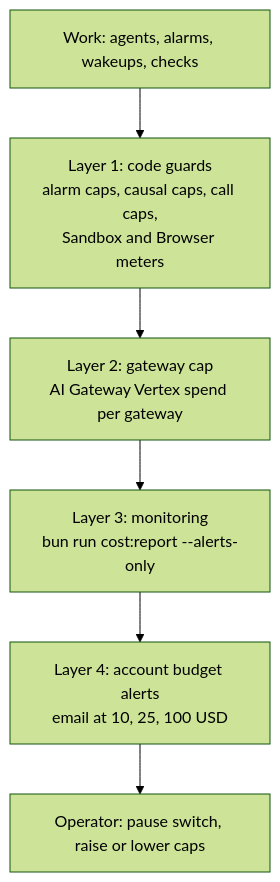
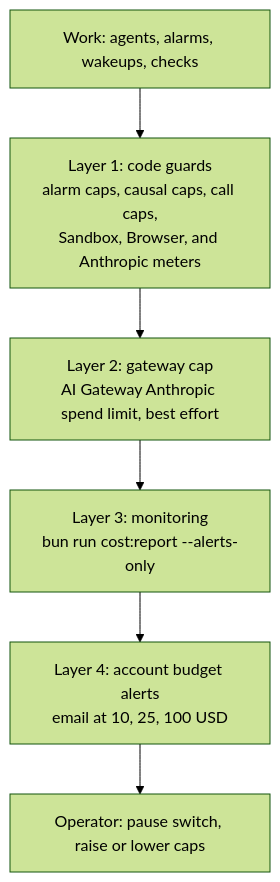
Before and after one commit to nsudhanva/rhumbatron: the first of 2 diagrams in docs/operations/costs.md, drawn with Mermaid (forest theme). The commit also changed other lines of this file and 8 other files, not shown here.

````diff
--- a/docs/operations/costs.md
+++ b/docs/operations/costs.md
@@ -11,9 +11,9 @@
 ```mermaid
 flowchart TB
   w[Work: agents, alarms, wakeups, checks] --> l1
-  l1[Layer 1: code guards<br/>alarm caps, causal caps, call caps,<br/>Sandbox and Browser meters] --> l2
-  l2[Layer 2: gateway cap<br/>AI Gateway Vertex spend per gateway] --> l3
+  l1[Layer 1: code guards<br/>alarm caps, causal caps, call caps,<br/>Sandbox, Browser, and Anthropic meters] --> l2
+  l2[Layer 2: gateway cap<br/>AI Gateway Anthropic spend limit, best effort] --> l3
   l3[Layer 3: monitoring<br/>bun run cost:report --alerts-only] --> l4
   l4[Layer 4: account budget alerts<br/>email at 10, 25, 100 USD] --> l5
   l5[Operator: pause switch, raise or lower caps]
 ```
````
